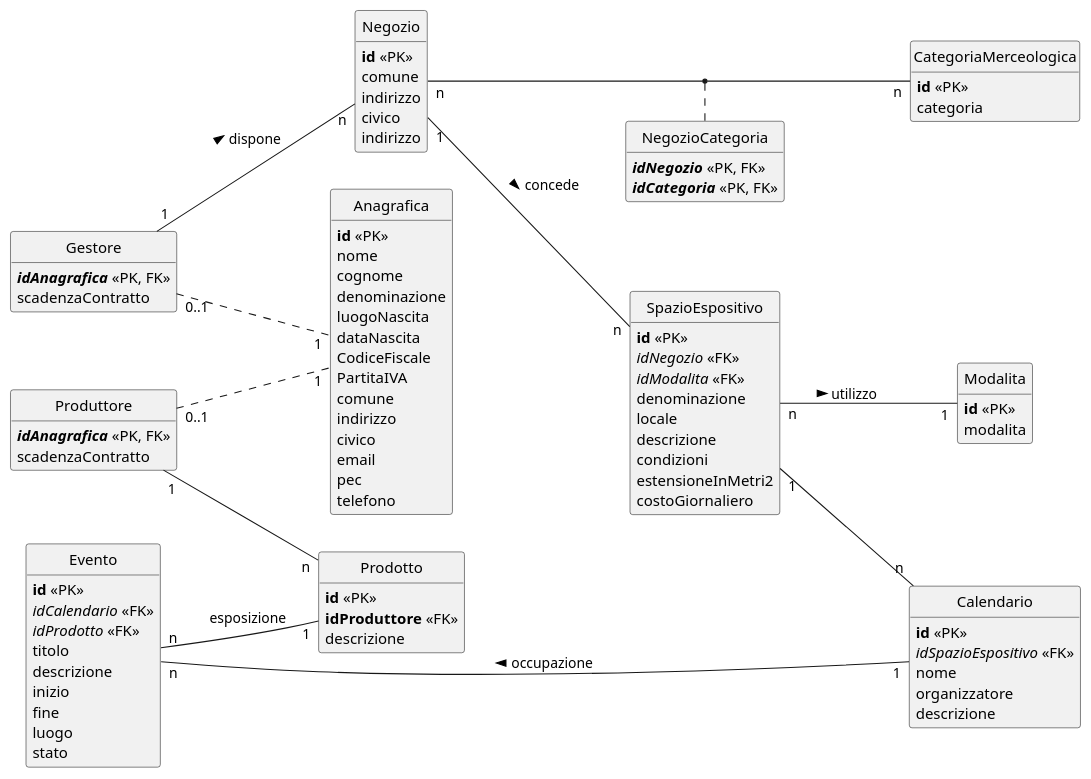
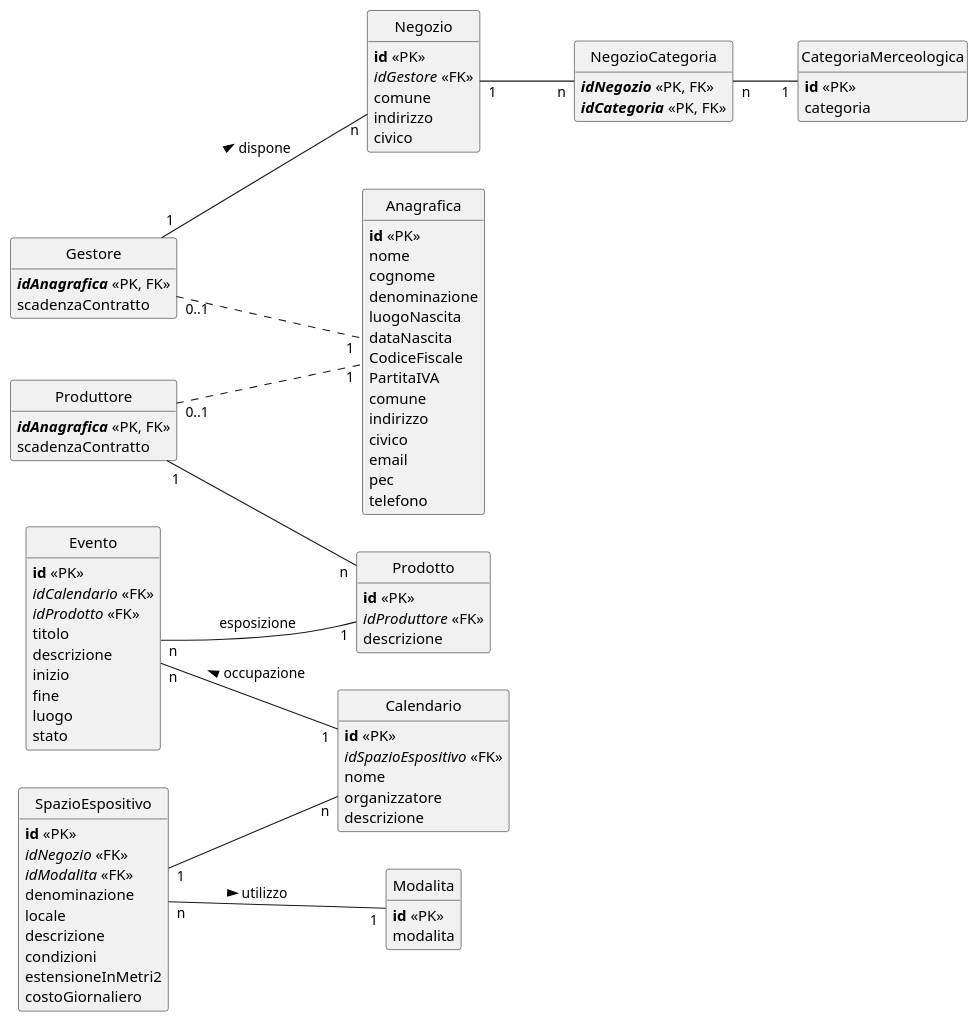
One commit to gionatamassibenincasa/as-25-26 changed the diagram in 5a/sharingomega/sharingomega-ristrutturato.puml. Above: the diagram before and after it, drawn with PlantUML. The commit also changed 5 other files, not shown here.

```diff
--- a/5a/sharingomega/sharingomega-ristrutturato.puml
+++ b/5a/sharingomega/sharingomega-ristrutturato.puml
@@ -1,112 +1,111 @@
 @startuml
 hide circle
 hide method
 left to right direction
 
 class Anagrafica {
   **id** <<PK>>
   nome
   cognome
   denominazione
   luogoNascita
   dataNascita
   CodiceFiscale
   PartitaIVA
   comune
   indirizzo
   civico
   email
   pec
   telefono
 }
 
 class Gestore {
   //**idAnagrafica**// <<PK, FK>>
   scadenzaContratto
 }
 
 class Produttore {
   //**idAnagrafica**// <<PK, FK>>
   scadenzaContratto
 }
 
 class Prodotto {
   **id** <<PK>>
-  **idProduttore** <<FK>>
+  //idProduttore// <<FK>>
   descrizione
 }
 
 Produttore "1" -- "n" Prodotto
 
 Gestore "0..1" .. "1" Anagrafica
 Produttore"0..1" .. "1" Anagrafica
 
 class Negozio {
   **id** <<PK>>
+  //idGestore// <<FK>>
   comune
   indirizzo
   civico
-  indirizzo
 }
 
 class CategoriaMerceologica {
   **id** <<PK>>
   categoria
 }
 
 class Modalita {
   **id** <<PK>>
   modalita
 }
 
 class SpazioEspositivo {
   **id** <<PK>>
   //idNegozio// <<FK>>
   //idModalita// <<FK>>
   denominazione
   locale
   descrizione
   condizioni
   estensioneInMetri2
   costoGiornaliero
 }
 
 class NegozioCategoria {
   //**idNegozio**// <<PK, FK>>
   //**idCategoria**// <<PK, FK>>
 }
 
 Gestore "1" -- "n" Negozio : dispone >
 
-Negozio "1" -- "n" SpazioEspositivo : concede >
-Negozio "n" -- "n" CategoriaMerceologica
-(Negozio, CategoriaMerceologica) .. NegozioCategoria
+Negozio "1" -- "n" NegozioCategoria
+NegozioCategoria "n" -- "1" CategoriaMerceologica
 
 SpazioEspositivo "n" -- "1" Modalita : utilizzo >
 
 class Calendario {
   **id** <<PK>>
   //idSpazioEspositivo// <<FK>>
   nome
   organizzatore
   descrizione
 }
 
 class Evento {
   **id** <<PK>>
   //idCalendario// <<FK>>
   //idProdotto// <<FK>>
   titolo
   descrizione
   inizio
   fine
   luogo
   stato
 }
 
 Evento "n" -- "1" Calendario : occupazione <
 
 SpazioEspositivo "1" -- "n" Calendario
 
 Evento "n" -- "1" Prodotto : esposizione
 @enduml
```
